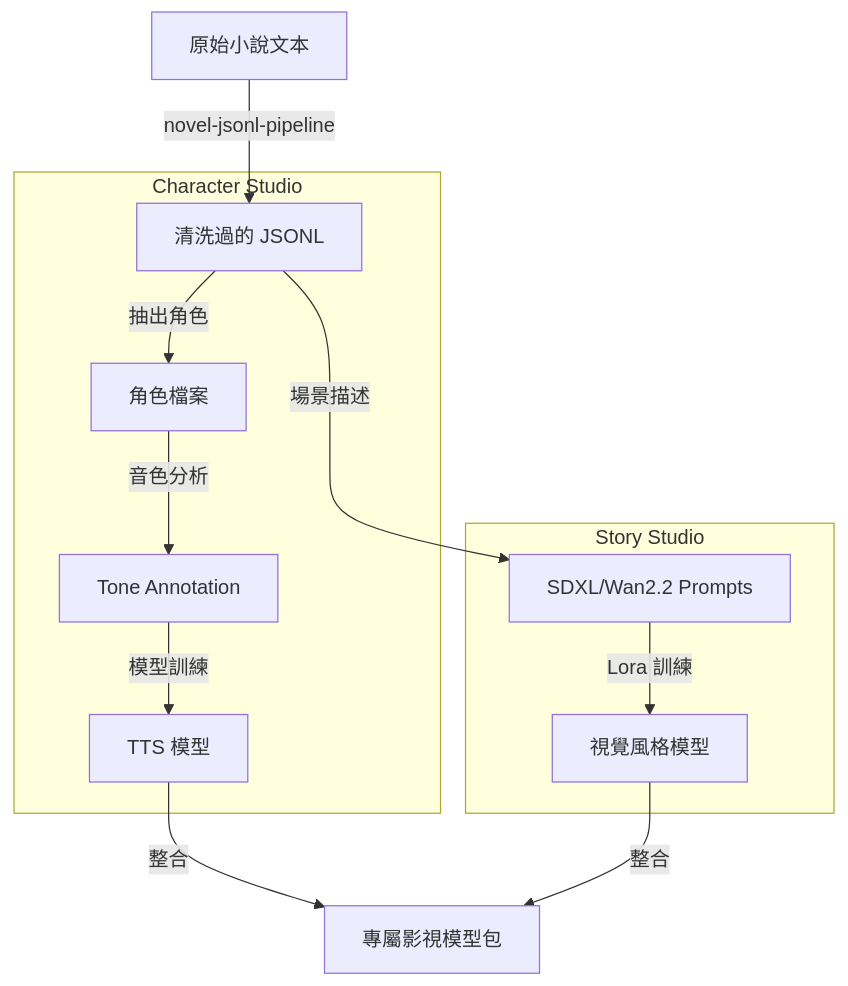
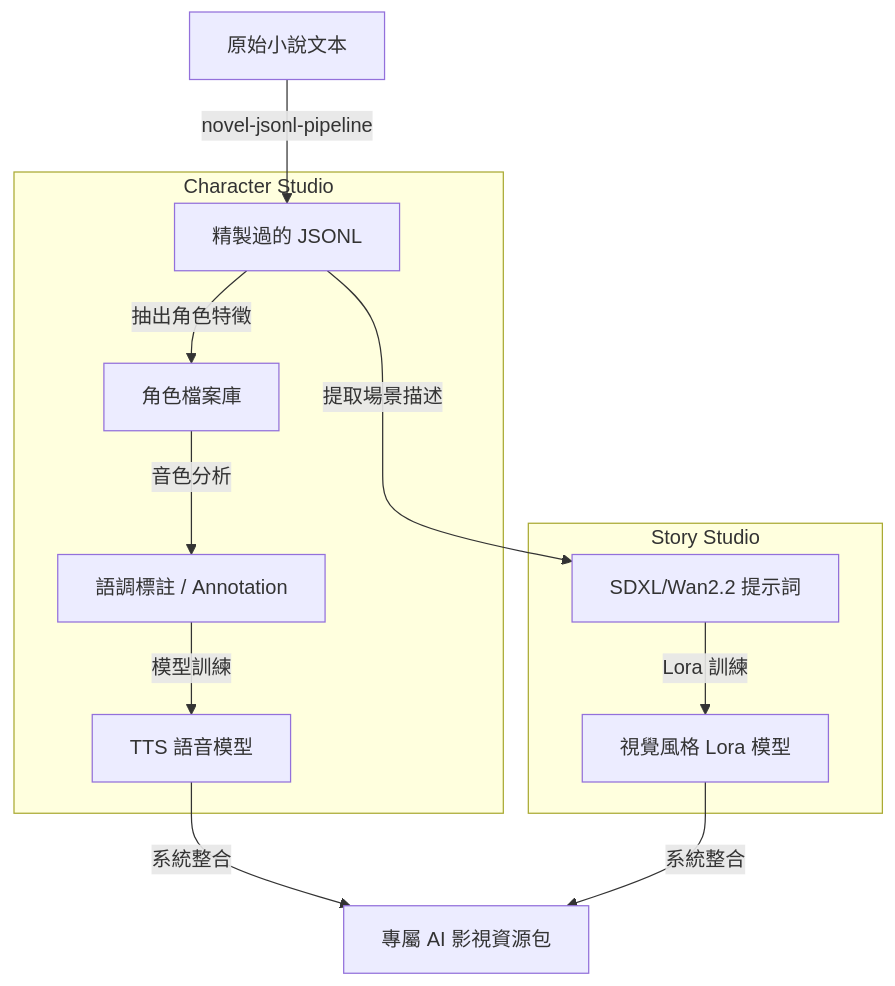
Before and after one commit to AtsushiHarimoto/portfolio: the diagram in public/knowledge/zh-tw/12_diagrams/09.Model_Studio_Integration.md, drawn with Mermaid. The commit also changed other lines of this file and 139 other files, not shown here.

````diff
--- a/public/knowledge/zh-tw/12_diagrams/09.Model_Studio_Integration.md
+++ b/public/knowledge/zh-tw/12_diagrams/09.Model_Studio_Integration.md
@@ -7,17 +11,17 @@
 ```mermaid
 flowchart TD
-    Raw[原始小說文本] -->| novel-jsonl-pipeline | Clean[清洗過的 JSONL]
+    Raw[原始小說文本] -->| novel-jsonl-pipeline | Clean[精製過的 JSONL]
 
     subgraph "Character Studio"
-        Clean -->|抽出角色| Profiles[角色檔案]
-        Profiles -->|音色分析| Tone[Tone Annotation]
-        Tone -->|模型訓練| GPT_SoVITS[TTS 模型]
+        Clean -->|抽出角色特徵| Profiles[角色檔案庫]
+        Profiles -->|音色分析| Tone[語調標註 / Annotation]
+        Tone -->|模型訓練| GPT_SoVITS[TTS 語音模型]
     end
 
     subgraph "Story Studio"
-        Clean -->|場景描述| Prompts[SDXL/Wan2.2 Prompts]
-        Prompts -->|Lora 訓練| Visual[視覺風格模型]
+        Clean -->|提取場景描述| Prompts[SDXL/Wan2.2 提示詞]
+        Prompts -->|Lora 訓練| Visual[視覺風格 Lora 模型]
     end
 
-    GPT_SoVITS & Visual -->|整合| Final[專屬影視模型包]
+    GPT_SoVITS & Visual -->|系統整合| Final[專屬 AI 影視資源包]
 ```
````
